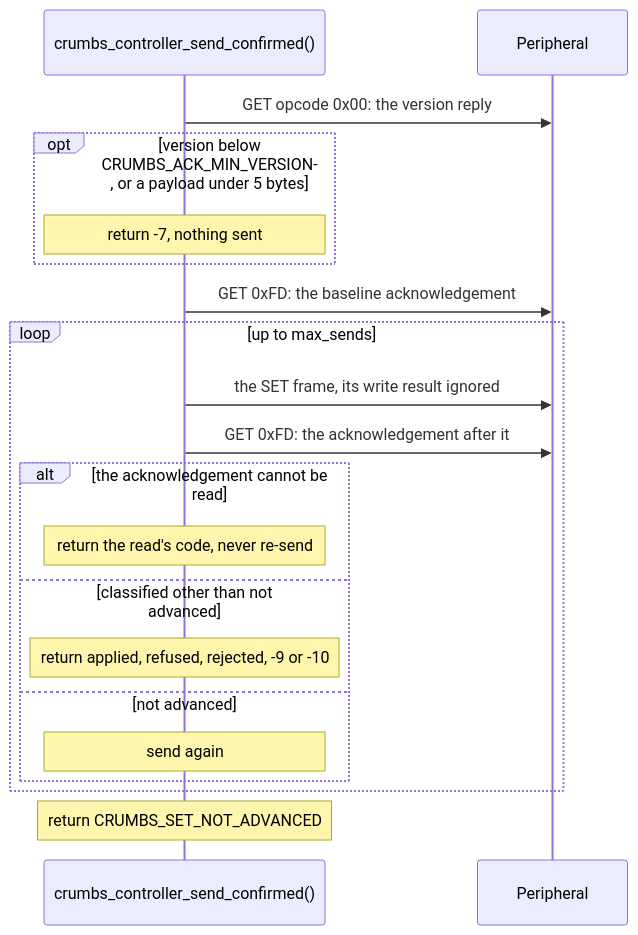
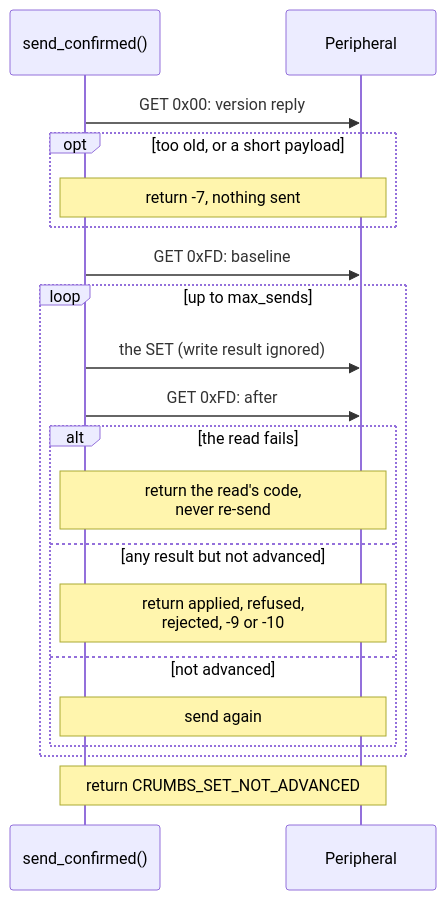
The fourth of 5 diagrams in docs/architecture.md (feastorg/CRUMBS), drawn with Mermaid before and after one commit. The commit also changed other lines of this file and 1 other file, not shown here.

First line of the commit message:
docs: redraw the mermaid diagrams to fit the page

````diff
--- a/docs/architecture.md
+++ b/docs/architecture.md
@@ -176,22 +179,22 @@
 ```mermaid
 sequenceDiagram
-    participant C as crumbs_controller_send_confirmed()
+    participant C as send_confirmed()
     participant P as Peripheral
-    C->>P: GET opcode 0x00: the version reply
-    opt version below CRUMBS_ACK_MIN_VERSION, or a payload under 5 bytes
-        Note over C: return -7, nothing sent
+    C->>P: GET 0x00: version reply
+    opt too old, or a short payload
+        Note over C,P: return -7, nothing sent
     end
-    C->>P: GET 0xFD: the baseline acknowledgement
+    C->>P: GET 0xFD: baseline
     loop up to max_sends
-        C->>P: the SET frame, its write result ignored
-        C->>P: GET 0xFD: the acknowledgement after it
-        alt the acknowledgement cannot be read
-            Note over C: return the read's code, never re-send
-        else classified other than not advanced
-            Note over C: return applied, refused, rejected, -9 or -10
+        C->>P: the SET (write result ignored)
+        C->>P: GET 0xFD: after
+        alt the read fails
+            Note over C,P: return the read's code,<br/>never re-send
+        else any result but not advanced
+            Note over C,P: return applied, refused,<br/>rejected, -9 or -10
         else not advanced
-            Note over C: send again
+            Note over C,P: send again
         end
     end
-    Note over C: return CRUMBS_SET_NOT_ADVANCED
+    Note over C,P: return CRUMBS_SET_NOT_ADVANCED
 ```
````
